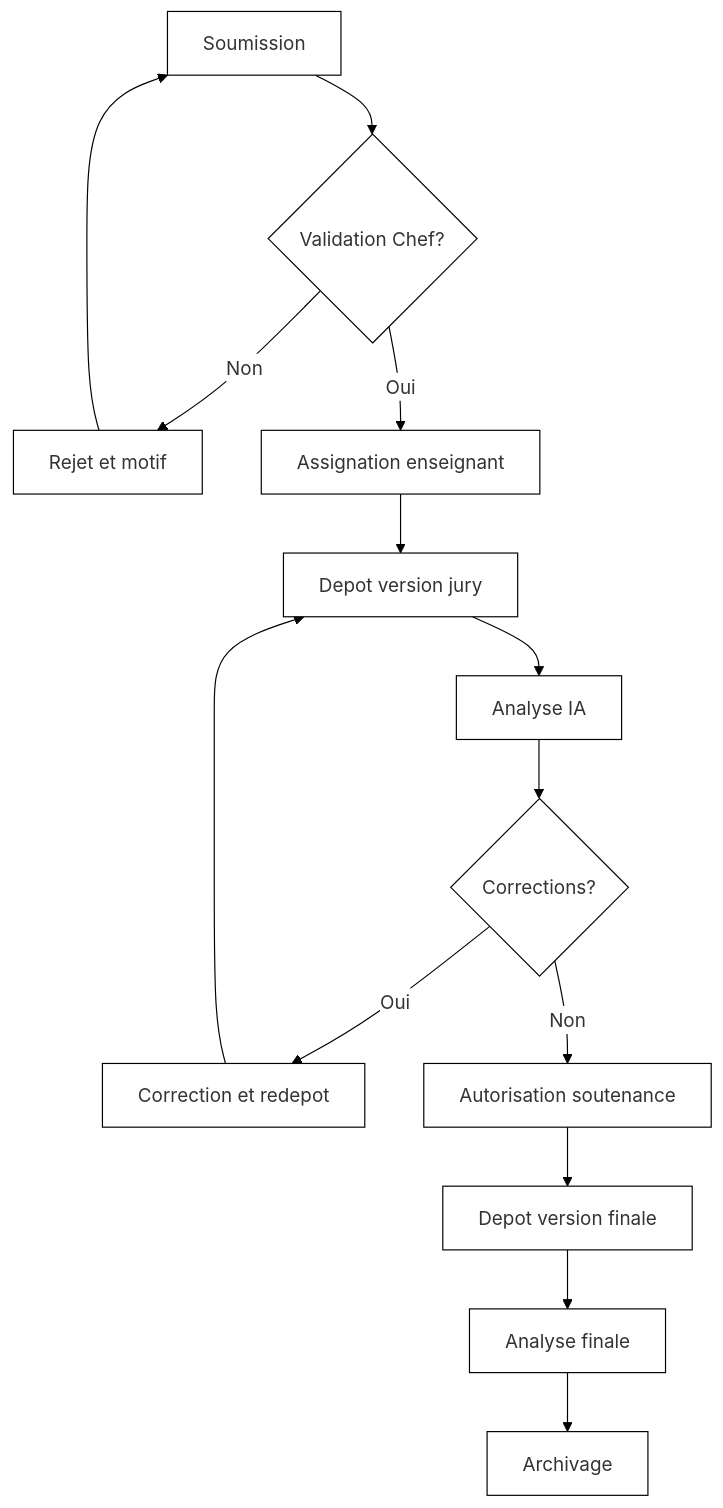
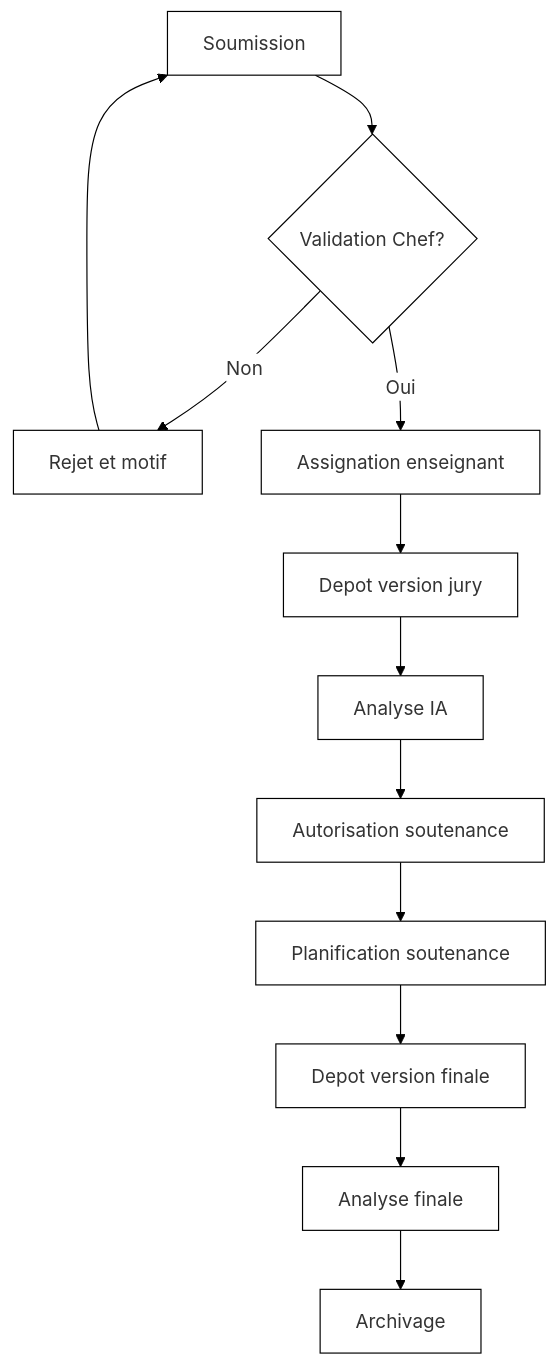
Diagram 12 of 13 in DIAGRAMMES-PAR-FIGURE-NB.md (DavidMwangaza/TFC-Manager), drawn with Mermaid before and after one commit. The commit also changed other lines of this file and 34 other files, not shown here.

````diff
--- a/DIAGRAMMES-PAR-FIGURE-NB.md
+++ b/DIAGRAMMES-PAR-FIGURE-NB.md
@@ -186,17 +192,15 @@
 ```mermaid
 %%{init: {'theme':'base','themeVariables': {'background':'#ffffff','primaryColor':'#ffffff','primaryBorderColor':'#000000','lineColor':'#000000','textColor':'#000000'}}}%%
 graph TD
     A[Soumission] --> B{Validation Chef?}
     B -->|Non| C[Rejet et motif]
     C --> A
     B -->|Oui| D[Assignation enseignant]
     D --> E[Depot version jury]
     E --> F[Analyse IA]
-    F --> G{Corrections?}
-    G -->|Oui| H[Correction et redepot]
-    H --> E
-    G -->|Non| I[Autorisation soutenance]
-    I --> J[Depot version finale]
-    J --> K[Analyse finale]
-    K --> L[Archivage]
+    F --> G[Autorisation soutenance]
+    G --> H[Planification soutenance]
+    H --> I[Depot version finale]
+    I --> J[Analyse finale]
+    J --> K[Archivage]
 ```
````
